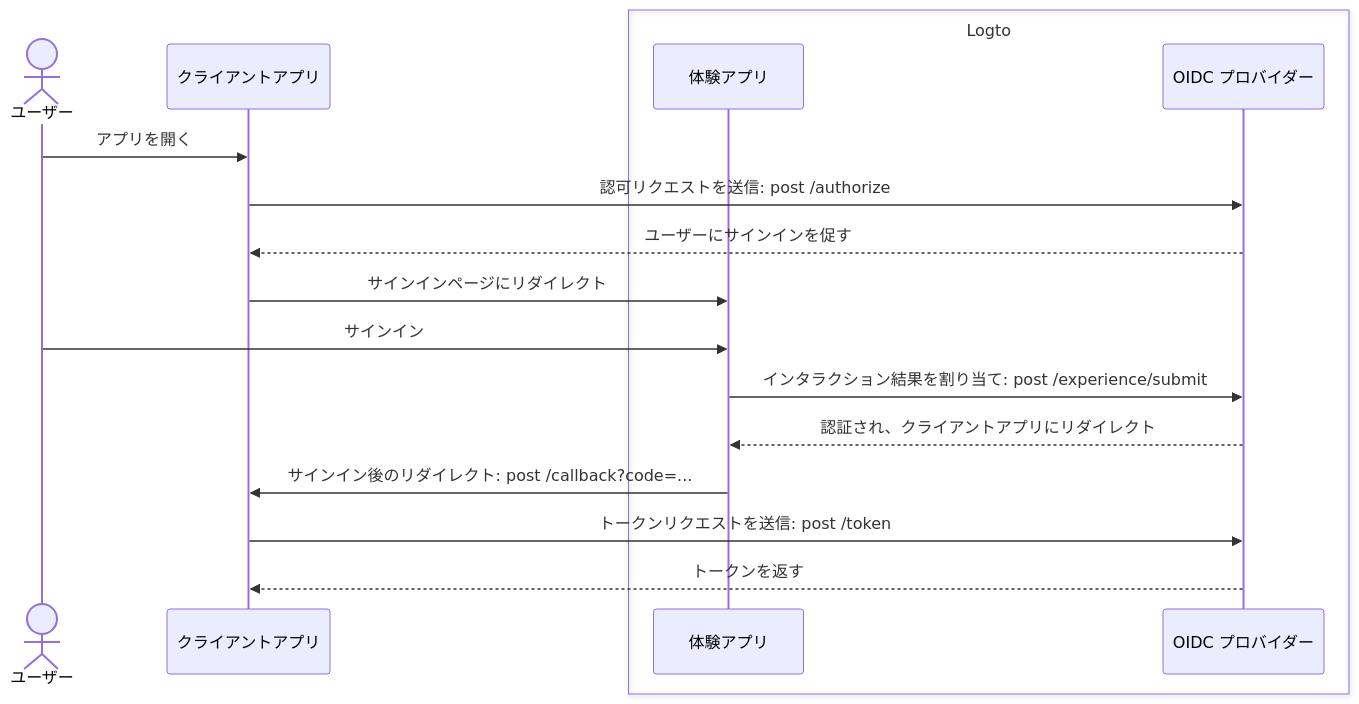
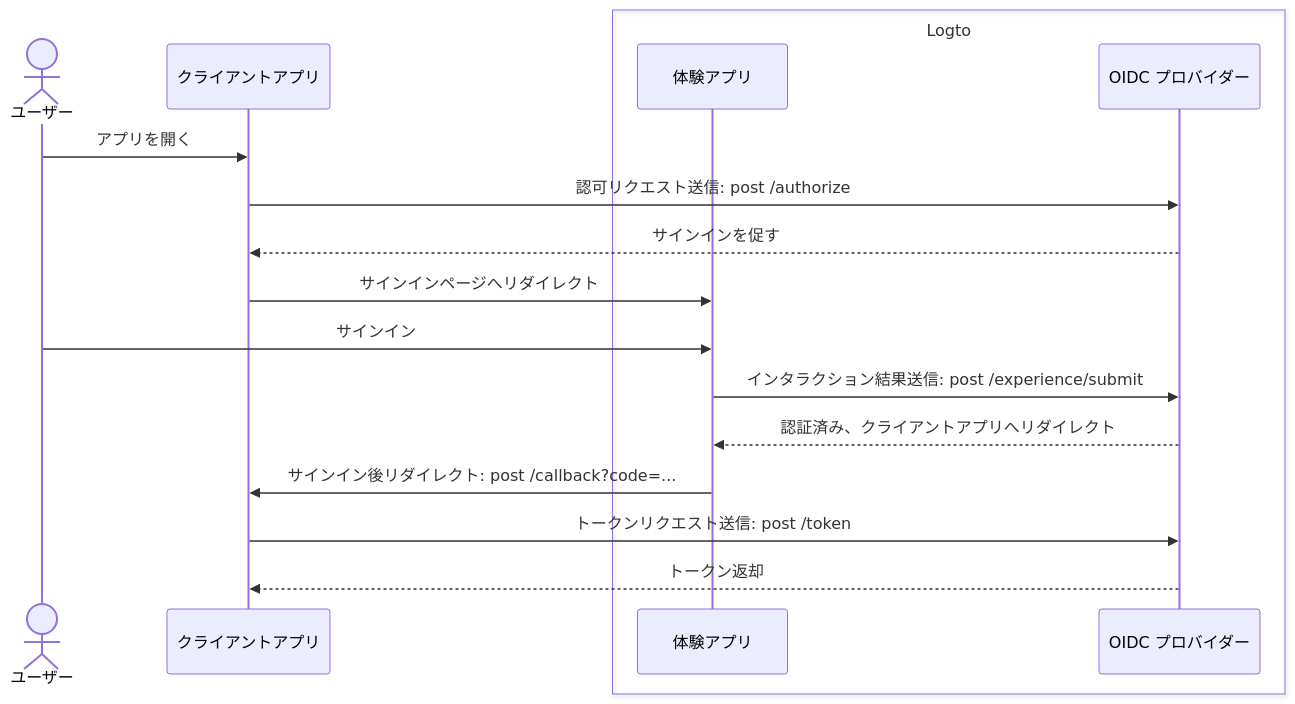
The first of 2 diagrams in i18n/ja/docusaurus-plugin-content-docs/current/end-user-flows/sign-up-and-sign-in/README.mdx (logto-io/docs), drawn with Mermaid before and after one commit. The commit also changed other lines of this file and 53 other files, not shown here.

````diff
--- a/i18n/ja/docusaurus-plugin-content-docs/current/end-user-flows/sign-up-and-sign-in/README.mdx
+++ b/i18n/ja/docusaurus-plugin-content-docs/current/end-user-flows/sign-up-and-sign-in/README.mdx
@@ -15,21 +15,21 @@
 ```mermaid
 sequenceDiagram
   actor user as ユーザー
   participant client as クライアントアプリ
 
   box Logto
     participant experience as 体験アプリ
     participant oidc as OIDC プロバイダー
   end
 
   user ->> client: アプリを開く
-  client ->> oidc: 認可リクエストを送信: post /authorize
-  oidc -->> client: ユーザーにサインインを促す
-  client ->> experience: サインインページにリダイレクト
+  client ->> oidc: 認可リクエスト送信: post /authorize
+  oidc -->> client: サインインを促す
+  client ->> experience: サインインページへリダイレクト
   user ->> experience: サインイン
-  experience ->> oidc: インタラクション結果を割り当て: post /experience/submit
-  oidc -->> experience: 認証され、クライアントアプリにリダイレクト
-  experience ->> client: サインイン後のリダイレクト: post /callback?code=...
-  client ->> oidc: トークンリクエストを送信: post /token
-  oidc -->> client: トークンを返す
+  experience ->> oidc: インタラクション結果送信: post /experience/submit
+  oidc -->> experience: 認証済み、クライアントアプリへリダイレクト
+  experience ->> client: サインイン後リダイレクト: post /callback?code=...
+  client ->> oidc: トークンリクエスト送信: post /token
+  oidc -->> client: トークン返却
 ```
````
